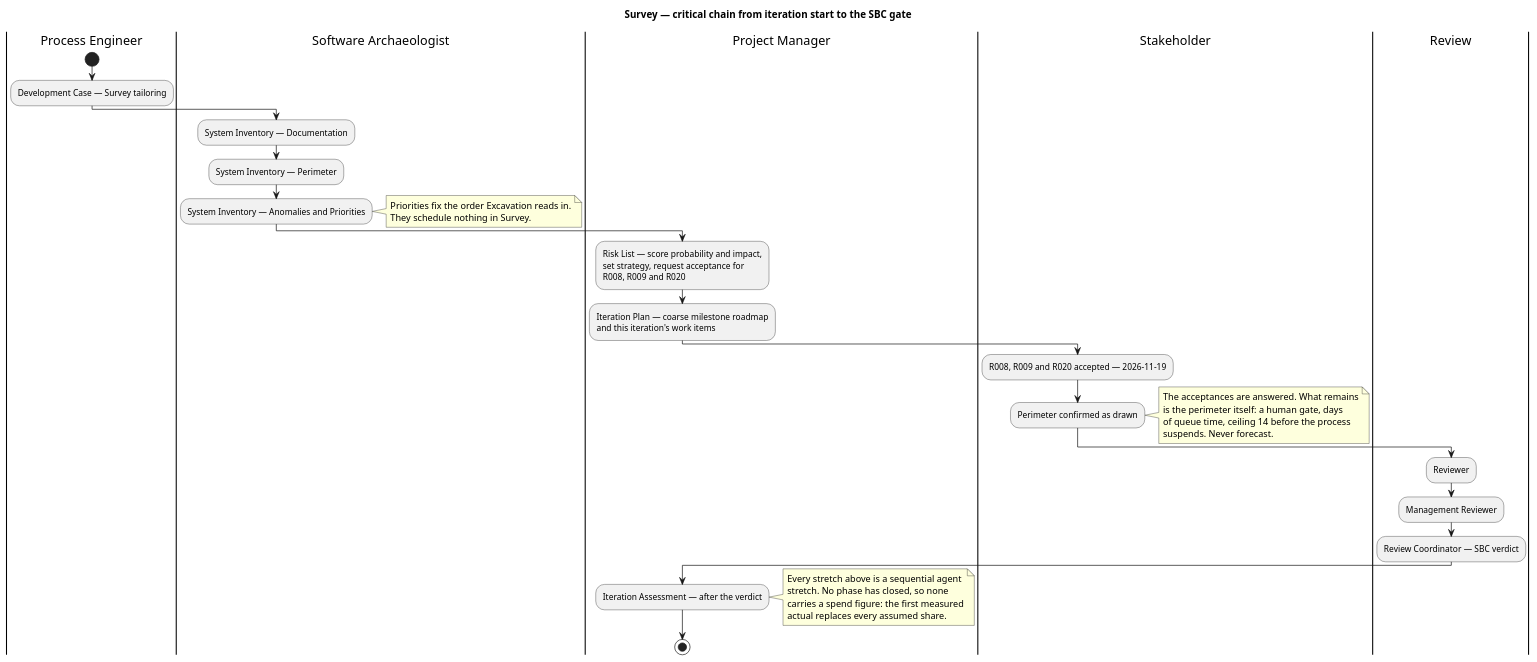
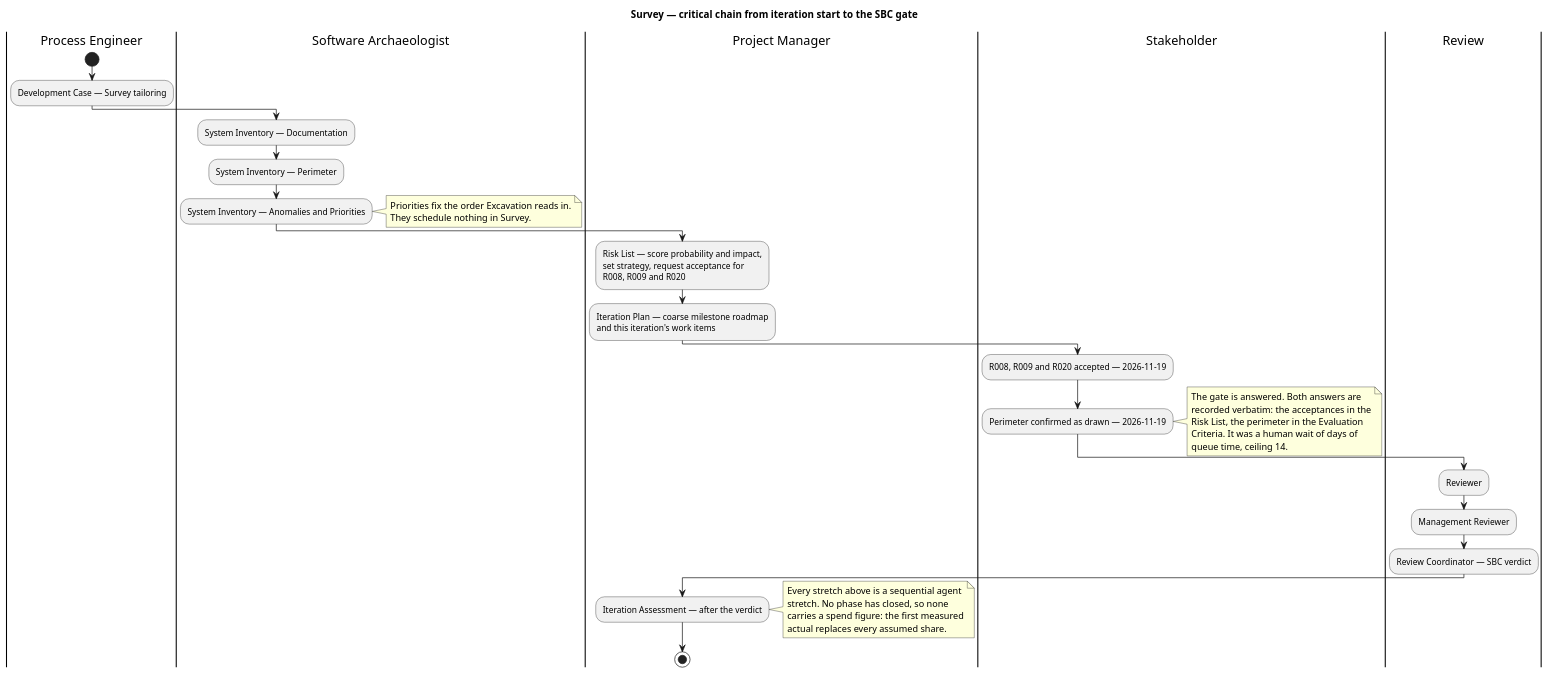
The third of 3 diagrams in docs/artifacts/project-management/iteration-plan.md (banense-test/TodoApp), drawn with PlantUML before and after one commit. The commit also changed other lines of this file, not shown here.

````diff
--- a/docs/artifacts/project-management/iteration-plan.md
+++ b/docs/artifacts/project-management/iteration-plan.md
@@ -160,52 +161,53 @@
 ```plantuml
 @startuml
 title Survey — critical chain from iteration start to the SBC gate
 skinparam shadowing false
 skinparam defaultTextAlignment left
 
 |Process Engineer|
 start
 :Development Case — Survey tailoring;
 
 |Software Archaeologist|
 :System Inventory — Documentation;
 :System Inventory — Perimeter;
 :System Inventory — Anomalies and Priorities;
 note right
   Priorities fix the order Excavation reads in.
   They schedule nothing in Survey.
 end note
 
 |Project Manager|
 :Risk List — score probability and impact,
 set strategy, request acceptance for
 R008, R009 and R020;
 :Iteration Plan — coarse milestone roadmap
 and this iteration's work items;
 
 |Stakeholder|
 :R008, R009 and R020 accepted — 2026-11-19;
-:Perimeter confirmed as drawn;
+:Perimeter confirmed as drawn — 2026-11-19;
 note right
-  The acceptances are answered. What remains
-  is the perimeter itself: a human gate, days
-  of queue time, ceiling 14 before the process
-  suspends. Never forecast.
+  The gate is answered. Both answers are
+  recorded verbatim: the acceptances in the
+  Risk List, the perimeter in the Evaluation
+  Criteria. It was a human wait of days of
+  queue time, ceiling 14.
 end note
 
 |Review|
 :Reviewer;
 :Management Reviewer;
 :Review Coordinator — SBC verdict;
 
 |Project Manager|
 :Iteration Assessment — after the verdict;
 note right
   Every stretch above is a sequential agent
   stretch. No phase has closed, so none
   carries a spend figure: the first measured
   actual replaces every assumed share.
 end note
 stop
 @enduml
 ```
````
